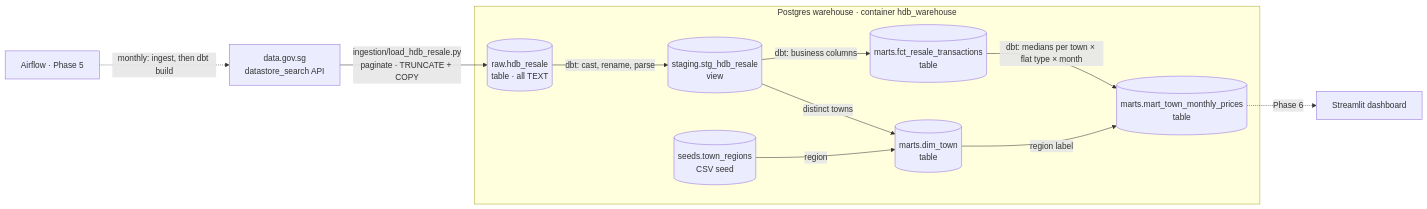
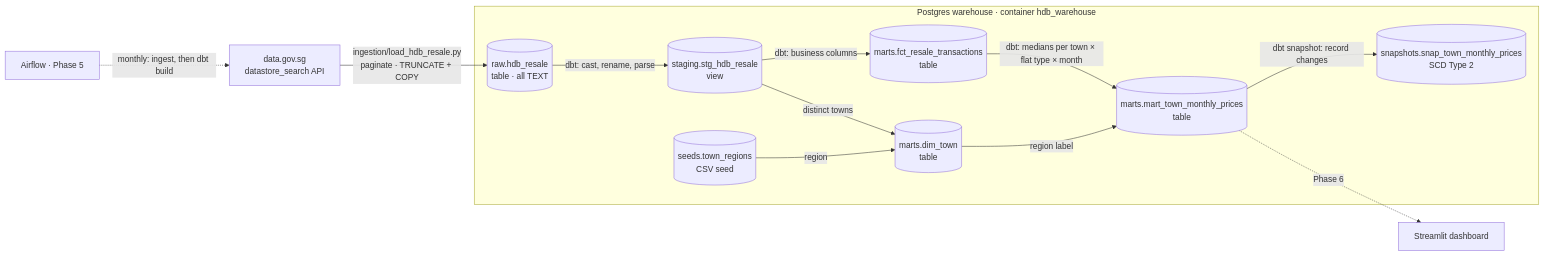
The diagram in docs/architecture.md (SokLim-Chew/hdb-resale-pipeline), drawn with Mermaid before and after one commit. The commit also changed other lines of this file and 6 other files, not shown here.

Commit message:
Add snapshot of monthly prices; complete Phase 3

````diff
--- a/docs/architecture.md
+++ b/docs/architecture.md
@@ -7,24 +7,26 @@
 ```mermaid
 flowchart LR
     API[data.gov.sg<br/>datastore_search API]
 
     subgraph WH[Postgres warehouse · container hdb_warehouse]
         RAW[(raw.hdb_resale<br/>table · all TEXT)]
         STG[(staging.stg_hdb_resale<br/>view)]
         FCT[(marts.fct_resale_transactions<br/>table)]
         AGG[(marts.mart_town_monthly_prices<br/>table)]
         SEED[(seeds.town_regions<br/>CSV seed)]
         DIM[(marts.dim_town<br/>table)]
+        SNAP[(snapshots.snap_town_monthly_prices<br/>SCD Type 2)]
     end
 
     API -->|ingestion/load_hdb_resale.py<br/>paginate · TRUNCATE + COPY| RAW
     RAW -->|dbt: cast, rename, parse| STG
     STG -->|dbt: business columns| FCT
     FCT -->|dbt: medians per town × flat type × month| AGG
     STG -->|distinct towns| DIM
     SEED -->|region| DIM
     DIM -->|region label| AGG
+    AGG -->|dbt snapshot: record changes| SNAP
     AGG -.->|Phase 6| DASH[Streamlit dashboard]
 
     AF[Airflow · Phase 5] -.->|monthly: ingest, then dbt build| API
 ```
````
